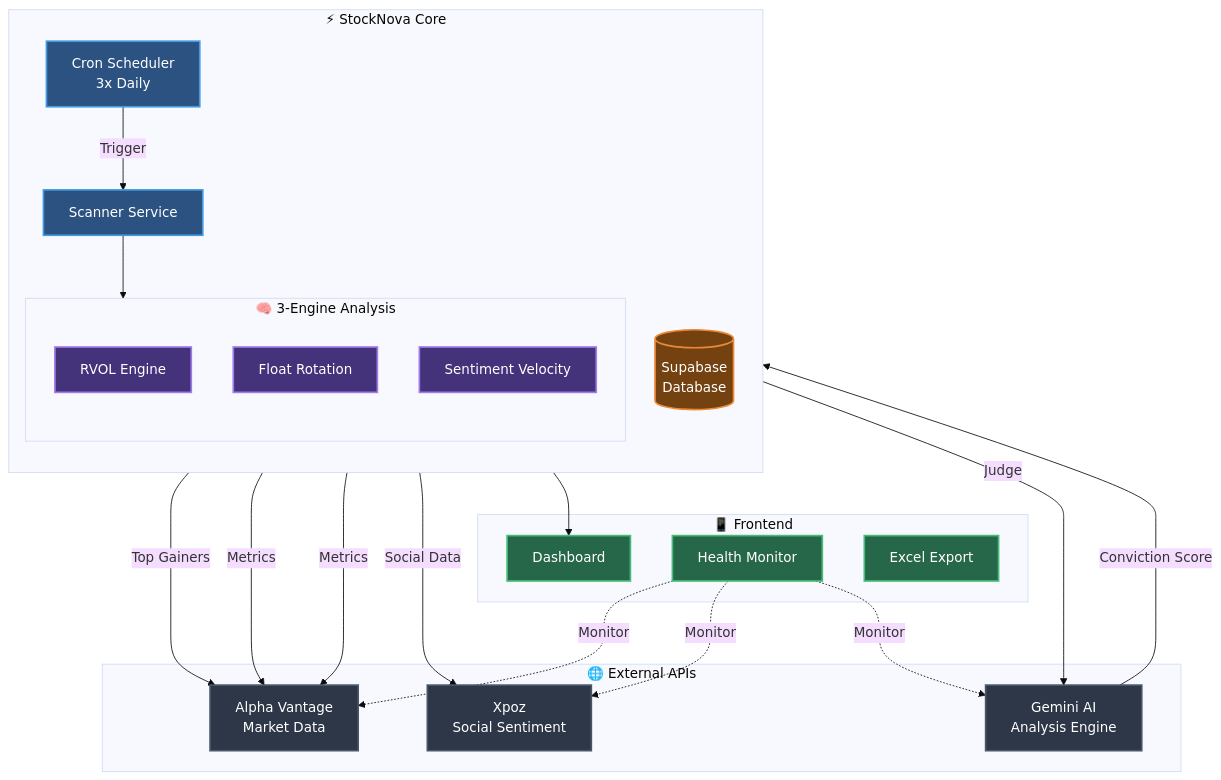
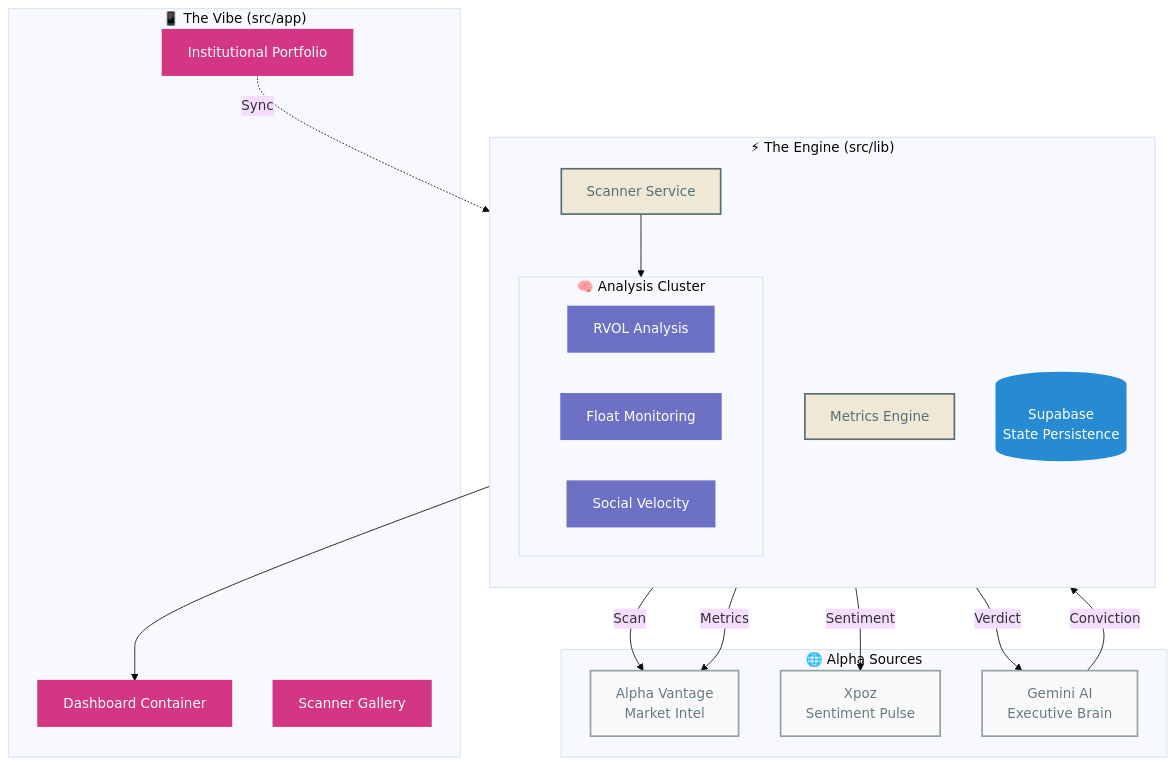
The first of 3 diagrams in ARCHITECTURE.md (Royverse/not-financial-advice), drawn with Mermaid (base theme) before and after one commit. The commit also changed other lines of this file and 1 other file, not shown here.

Commit message:
Docs: Detailed Architecture with Mermaid diagrams and high-touch README refresh.

````diff
--- a/ARCHITECTURE.md
+++ b/ARCHITECTURE.md
@@ -7,45 +9,44 @@
 ```mermaid
 graph TD
     %% Styling
-    classDef external fill:#2d3748,stroke:#4a5568,stroke-width:2px,color:#fff
-    classDef core fill:#2c5282,stroke:#4299e1,stroke-width:2px,color:#fff
-    classDef ui fill:#276749,stroke:#48bb78,stroke-width:2px,color:#fff
-    classDef database fill:#744210,stroke:#ed8936,stroke-width:2px,color:#fff
-    classDef engine fill:#44337a,stroke:#9f7aea,stroke-width:2px,color:#fff
+    classDef external fill:#f9f9f9,stroke:#93a1a1,stroke-width:2px,color:#657b83
+    classDef core fill:#eee8d5,stroke:#586e75,stroke-width:2px,color:#586e75
+    classDef ui fill:#d33682,stroke:#d33682,stroke-width:2px,color:#fff
+    classDef database fill:#268bd2,stroke:#268bd2,stroke-width:2px,color:#fff
+    classDef engine fill:#6c71c4,stroke:#6c71c4,stroke-width:2px,color:#fff
 
-    subgraph External["🌐 External APIs"]
-        AV[Alpha Vantage<br/>Market Data]:::external
-        XP[Xpoz<br/>Social Sentiment]:::external
-        GM[Gemini AI<br/>Analysis Engine]:::external
+    subgraph External["🌐 Alpha Sources"]
+        AV[Alpha Vantage<br/>Market Intel]:::external
+        XP[Xpoz<br/>Sentiment Pulse]:::external
+        GM[Gemini AI<br/>Executive Brain]:::external
     end
 
-    subgraph Core["⚡ StockNova Core"]
+    subgraph Core["⚡ The Engine (src/lib)"]
         direction TB
-        CRON[Cron Scheduler<br/>3x Daily]:::core
         SCAN[Scanner Service]:::core
+        METRICS[Metrics Engine]:::core
         
-        subgraph Engines["🧠 3-Engine Analysis"]
-            E1[RVOL Engine]:::engine
-            E2[Float Rotation]:::engine
-            E3[Sentiment Velocity]:::engine
+        subgraph Analysis["🧠 Analysis Cluster"]
+            E1[RVOL Analysis]:::engine
+            E2[Float Monitoring]:::engine
+            E3[Social Velocity]:::engine
         end
         
-        DB[(Supabase<br/>Database)]:::database
+        DB[(Supabase<br/>State Persistence)]:::database
     end
 
-    subgraph UI["📱 Frontend"]
-        DASH[Dashboard]:::ui
-        HEALTH[Health Monitor]:::ui
-        EXPORT[Excel Export]:::ui
+    subgraph UI["📱 The Vibe (src/app)"]
+        DASH[Dashboard Container]:::ui
+        GALLERY[Scanner Gallery]:::ui
+        PORT[Institutional Portfolio]:::ui
     end
 
-    CRON -->|Trigger| SCAN
-    SCAN -->|Top Gainers| AV
-    SCAN --> Engines
-    E1 & E2 -->|Metrics| AV
-    E3 -->|Social Data| XP
-    Engines -->|Judge| GM
-    GM -->|Conviction Score| DB
+    SCAN -->|Scan| AV
+    SCAN --> Analysis
+    Analysis -->|Metrics| AV
+    Analysis -->|Sentiment| XP
+    Analysis -->|Verdict| GM
+    GM -->|Conviction| DB
     DB --> DASH
-    HEALTH -.->|Monitor| AV & XP & GM
+    PORT -.->|Sync| DB
 ```
````
